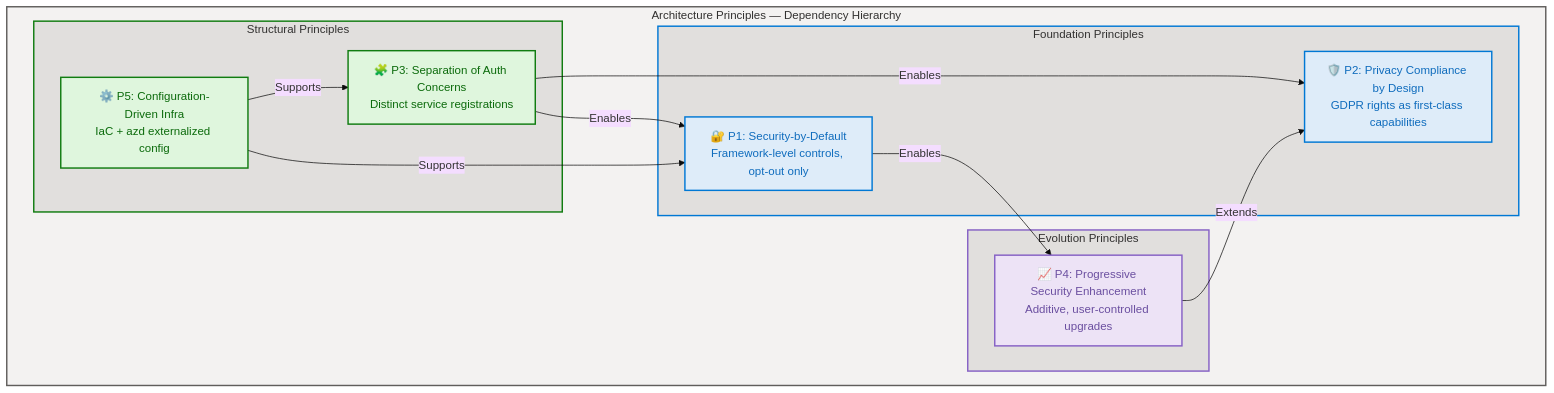
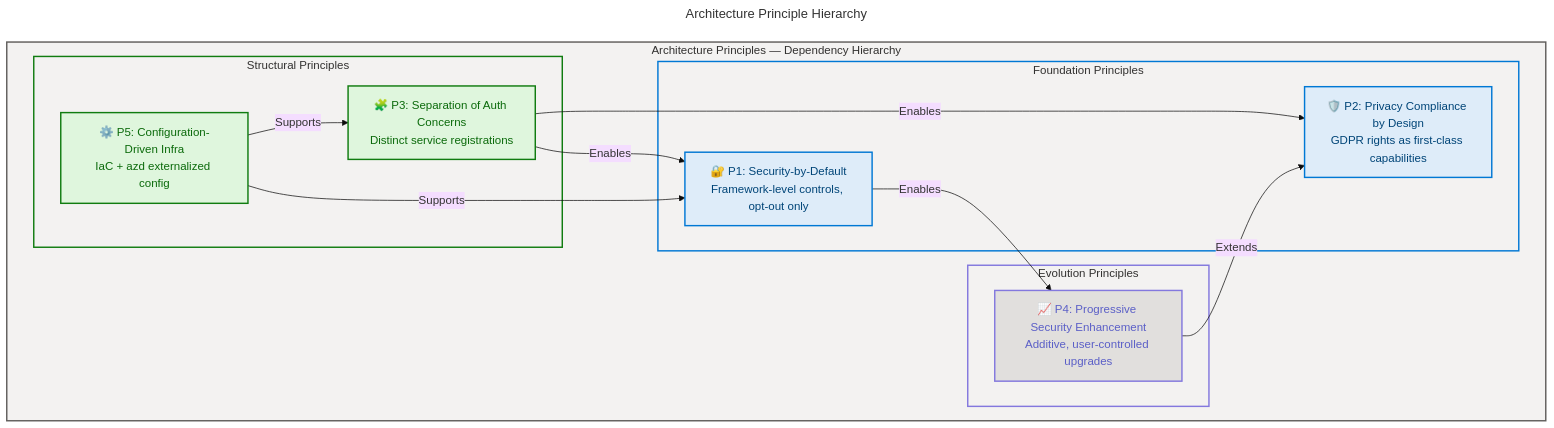
Before and after one commit to Evilazaro/IdentityProvider: the fourth of 11 diagrams in docs/architecture/business-architecture.md, drawn with Mermaid. The commit also changed other lines of this file, not shown here.

Commit message:
Refactor business ecosystem and architecture principle diagrams for improved clarity, accessibility, and semantic structure in business architecture documentation

````diff
--- a/docs/architecture/business-architecture.md
+++ b/docs/architecture/business-architecture.md
@@ -405,46 +417,65 @@
 ```mermaid
 ---
+title: Architecture Principle Hierarchy
 config:
   theme: base
   look: classic
   layout: dagre
   themeVariables:
     fontSize: '16px'
+  flowchart:
+    htmlLabels: true
 ---
 flowchart TB
     accTitle: Architecture Principle Hierarchy — Contoso IdentityProvider
     accDescr: Shows the 5 architecture principles organized by Foundation, Structural, and Evolution layers with dependency relationships
+
+    %% ═══════════════════════════════════════════════════════════════
+    %% AZURE / FLUENT ARCHITECTURE PATTERN v1.1
+    %% Semantic + Structural + Font + Accessibility Governance
+    %% ═══════════════════════════════════════════════════════════════
+    %% PHASE 1 — STRUCTURAL: Direction explicit, nesting ≤ 3
+    %% PHASE 2 — SEMANTIC: Max 5 classes, neutral-first
+    %% PHASE 3 — FONT: Dark text on light backgrounds ≥ 4.5:1
+    %% PHASE 4 — ACCESSIBILITY: accTitle + accDescr + icons on all nodes
+    %% PHASE 5 — STANDARD: Governance block + classDefs centralized
+    %% ═══════════════════════════════════════════════════════════════
 
     subgraph main["Architecture Principles — Dependency Hierarchy"]
         subgraph foundation["Foundation Principles"]
             P1["🔐 P1: Security-by-Default<br/>Framework-level controls, opt-out only"]
             P2["🛡️ P2: Privacy Compliance by Design<br/>GDPR rights as first-class capabilities"]
         end
 
         subgraph structural["Structural Principles"]
             P3["🧩 P3: Separation of Auth Concerns<br/>Distinct service registrations"]
             P5["⚙️ P5: Configuration-Driven Infra<br/>IaC + azd externalized config"]
         end
 
         subgraph evolution["Evolution Principles"]
             P4["📈 P4: Progressive Security Enhancement<br/>Additive, user-controlled upgrades"]
         end
     end
 
     P1 -->|Enables| P4
     P3 -->|Enables| P1
     P3 -->|Enables| P2
     P5 -->|Supports| P1
     P5 -->|Supports| P3
     P4 -->|Extends| P2
 
+    %% Semantic classDefs
+    classDef core fill:#DEECF9,stroke:#0078D4,stroke-width:2px,color:#004578
+    classDef success fill:#DFF6DD,stroke:#107C10,stroke-width:2px,color:#0B6A0B
+    classDef data fill:#E1DFDD,stroke:#8378DE,stroke-width:2px,color:#5B5FC7
+
+    class P1,P2 core
+    class P3,P5 success
+    class P4 data
+
+    %% Subgraph styling
     style main fill:#F3F2F1,stroke:#605E5C,stroke-width:2px,color:#323130
-    style foundation fill:#E1DFDD,stroke:#0078D4,stroke-width:2px,color:#323130
-    style structural fill:#E1DFDD,stroke:#107C10,stroke-width:2px,color:#323130
-    style evolution fill:#E1DFDD,stroke:#8661C5,stroke-width:2px,color:#323130
-    style P1 fill:#DEECF9,stroke:#0078D4,stroke-width:2px,color:#0F6CBD
-    style P2 fill:#DEECF9,stroke:#0078D4,stroke-width:2px,color:#0F6CBD
-    style P3 fill:#DFF6DD,stroke:#107C10,stroke-width:2px,color:#0B6A0B
-    style P4 fill:#EDE3F6,stroke:#8661C5,stroke-width:2px,color:#6B4FA0
-    style P5 fill:#DFF6DD,stroke:#107C10,stroke-width:2px,color:#0B6A0B
+    style foundation fill:#F3F2F1,stroke:#0078D4,stroke-width:2px,color:#323130
+    style structural fill:#F3F2F1,stroke:#107C10,stroke-width:2px,color:#323130
+    style evolution fill:#F3F2F1,stroke:#8378DE,stroke-width:2px,color:#323130
 ```
````
